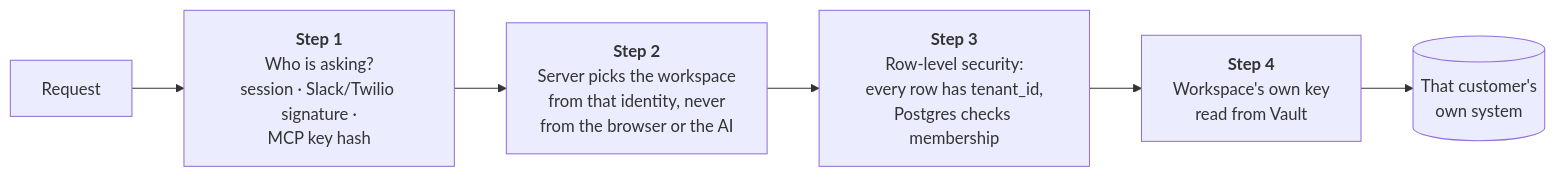
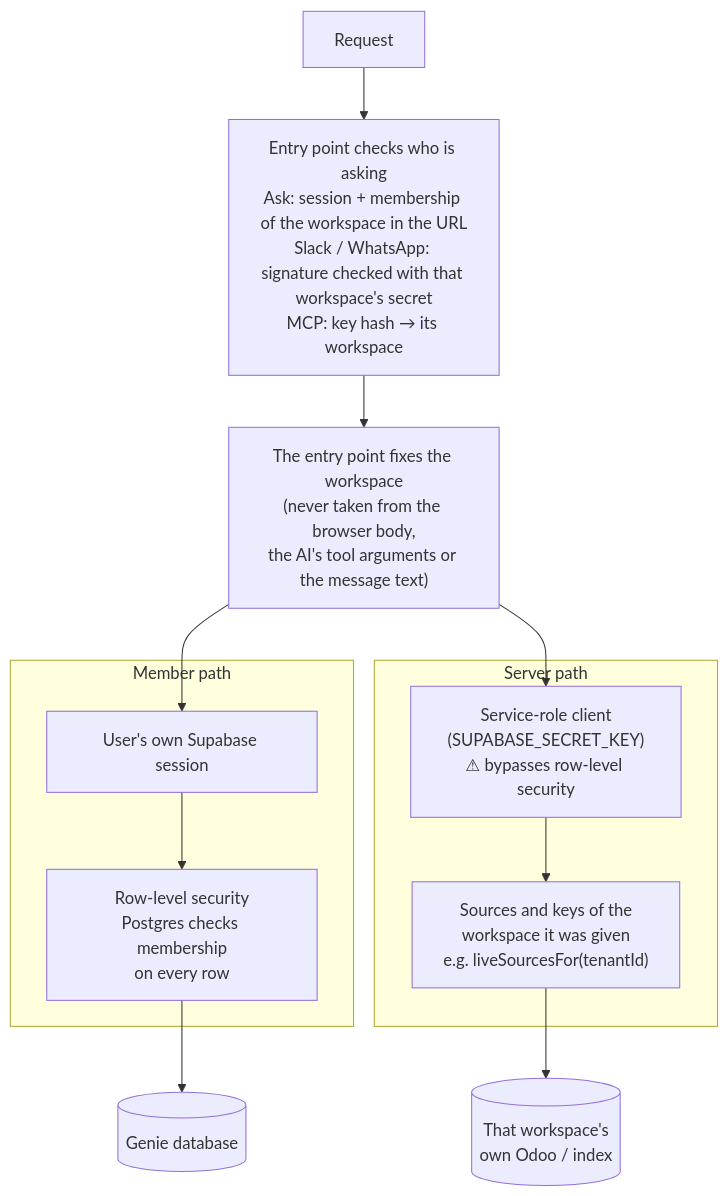
Before and after one commit to lojul/bas2: the third of 3 diagrams in docs/genie/3-data-and-security.md, drawn with Mermaid. The commit also changed other lines of this file and 3 other files, not shown here.

First line of the commit message:
Docs: timeout means unknown outcome until Odoo's time limit; service-role path bypasses RLS

````diff
--- a/docs/genie/3-data-and-security.md
+++ b/docs/genie/3-data-and-security.md
@@ -78,8 +78,18 @@
 ```mermaid
-flowchart LR
-    R["Request"] --> I["<b>Step 1</b><br/>Who is asking?<br/>session · Slack/Twilio signature ·<br/>MCP key hash"]
-    I --> W["<b>Step 2</b><br/>Server picks the workspace<br/>from that identity, never<br/>from the browser or the AI"]
-    W --> L["<b>Step 3</b><br/>Row-level security:<br/>every row has tenant_id,<br/>Postgres checks membership"]
-    L --> K["<b>Step 4</b><br/>Workspace's own key<br/>read from Vault"]
-    K --> C[("That customer's<br/>own system")]
+flowchart TB
+    R["Request"] --> I["Entry point checks who is asking<br/>Ask: session + membership of the workspace in the URL<br/>Slack / WhatsApp: signature checked with that workspace's secret<br/>MCP: key hash → its workspace"]
+    I --> W["The entry point fixes the workspace<br/>(never taken from the browser body,<br/>the AI's tool arguments or the message text)"]
+    W --> U
+    W --> S
+
+    subgraph USER["Member path"]
+        U["User's own Supabase session"] --> L["Row-level security<br/>Postgres checks membership<br/>on every row"]
+    end
+
+    subgraph SRV["Server path"]
+        S["Service-role client<br/>(SUPABASE_SECRET_KEY)<br/>⚠ bypasses row-level security"] --> K["Sources and keys of the<br/>workspace it was given<br/>e.g. liveSourcesFor(tenantId)"]
+    end
+
+    L --> DB[("Genie database")]
+    K --> C[("That workspace's<br/>own Odoo / index")]
 ```
````
